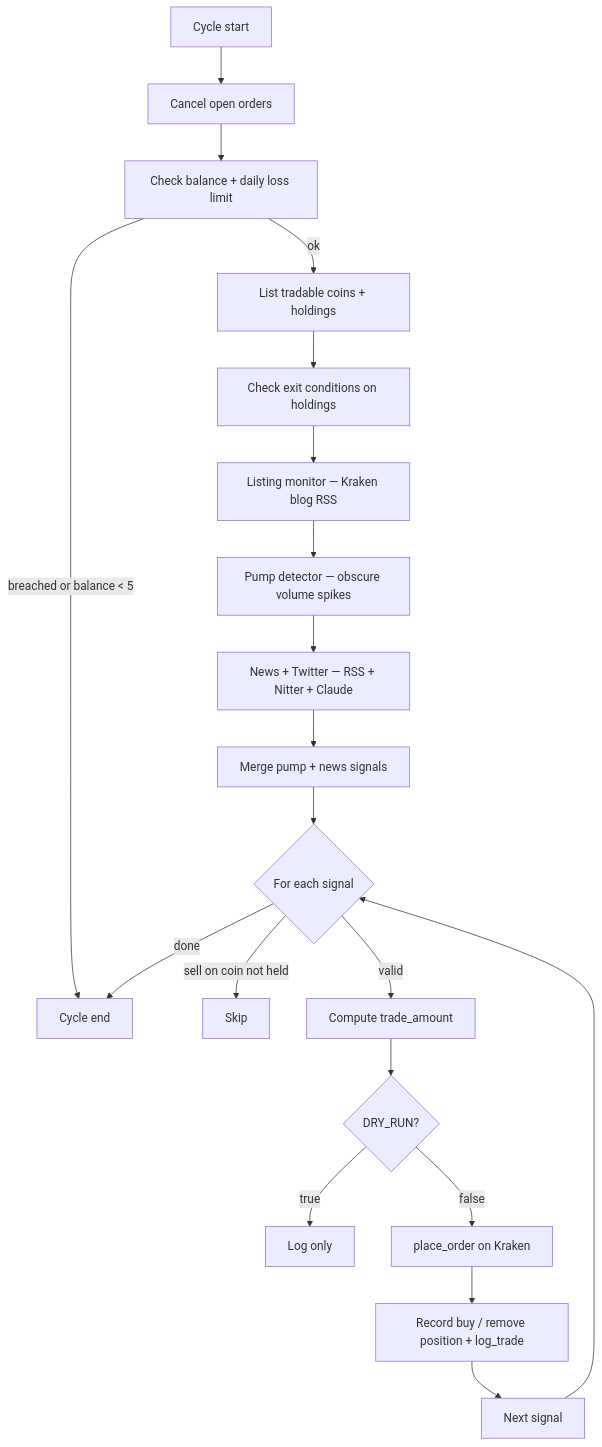
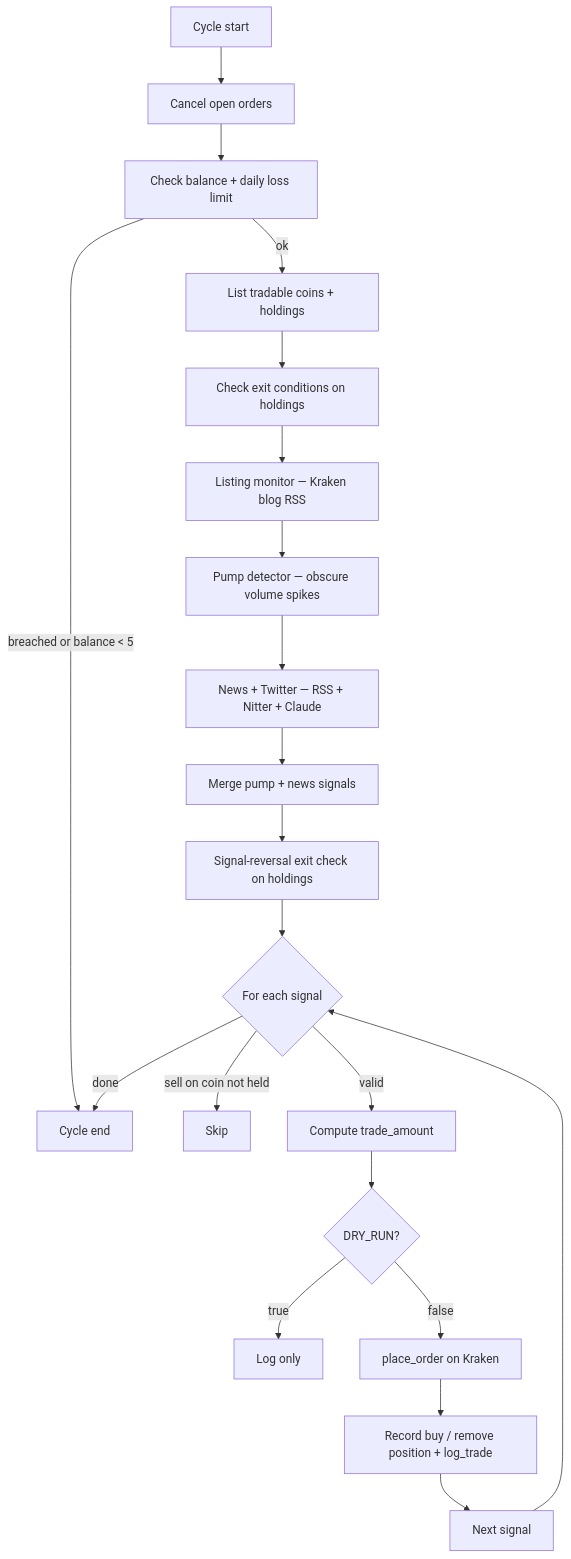
Before and after one commit to evanoseen/kraken-bot: the diagram in STRATEGY.md, drawn with Mermaid. The commit also changed other lines of this file and 5 other files, not shown here.

````diff
--- a/STRATEGY.md
+++ b/STRATEGY.md
@@ -74,22 +74,23 @@
 ```mermaid
 flowchart TD
     A[Cycle start] --> B[Cancel open orders]
     B --> C[Check balance + daily loss limit]
     C -->|breached or balance < 5| Z[Skip cycle]
     C -->|ok| D[List tradable coins + holdings]
     D --> E[Check exit conditions on holdings]
     E --> F[Listing monitor — Kraken blog RSS]
     F --> G[Pump detector — obscure volume spikes]
     G --> H[News + Twitter — RSS + Nitter + Claude]
     H --> I[Merge pump + news signals]
-    I --> J{For each signal}
+    I --> I2[Signal-reversal exit check on holdings]
+    I2 --> J{For each signal}
     J -->|sell on coin not held| K[Skip]
     J -->|valid| L[Compute trade_amount]
     L --> M{DRY_RUN?}
     M -->|true| N[Log only]
     M -->|false| O[place_order on Kraken]
     O --> P[Record buy / remove position + log_trade]
     P --> Q[Next signal]
     Q --> J
     J -->|done| Z[Cycle end]
 ```
````
